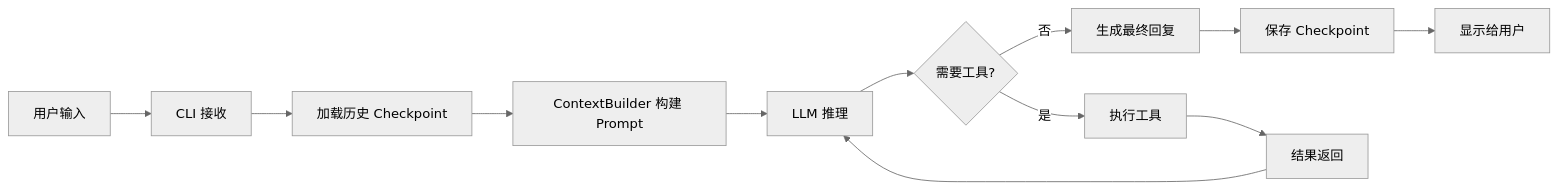
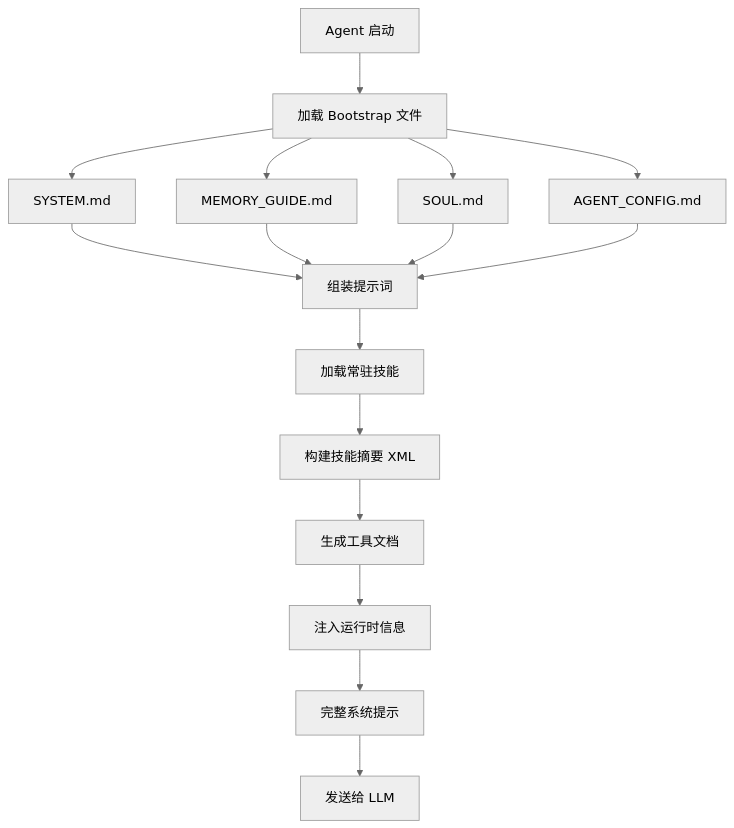
Before and after one commit to xt765/FinchBot: the third of 3 diagrams in README_CN.md, drawn with Mermaid (neutral theme). The commit also changed other lines of this file and 9 other files, not shown here.

````diff
--- a/README_CN.md
+++ b/README_CN.md
@@ -357,14 +340,21 @@
 ```mermaid
-graph LR
-    A[用户输入] --> B[CLI 接收]
-    B --> C[加载历史 Checkpoint]
-    C --> D[ContextBuilder 构建 Prompt]
-    D --> E[LLM 推理]
-    E --> F{需要工具?}
-    F -->|否| G[生成最终回复]
-    F -->|是| H[执行工具]
-    H --> I[结果返回]
-    I --> E
-    G --> J[保存 Checkpoint]
-    J --> K[显示给用户]
+flowchart TD
+    A[Agent 启动] --> B[加载 Bootstrap 文件]
+    B --> C[SYSTEM.md]
+    B --> D[MEMORY_GUIDE.md]
+    B --> E[SOUL.md]
+    B --> F[AGENT_CONFIG.md]
+    
+    C --> G[组装提示词]
+    D --> G
+    E --> G
+    F --> G
+    
+    G --> H[加载常驻技能]
+    H --> I[构建技能摘要 XML]
+    I --> J[生成工具文档]
+    J --> K[注入运行时信息]
+    K --> L[完整系统提示]
+    
+    L --> M[发送给 LLM]
 ```
````
